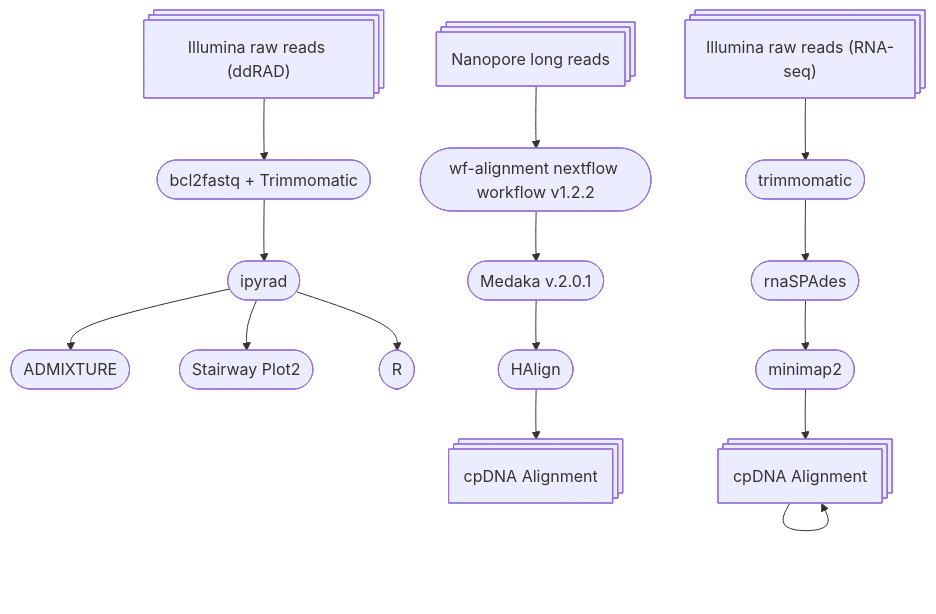
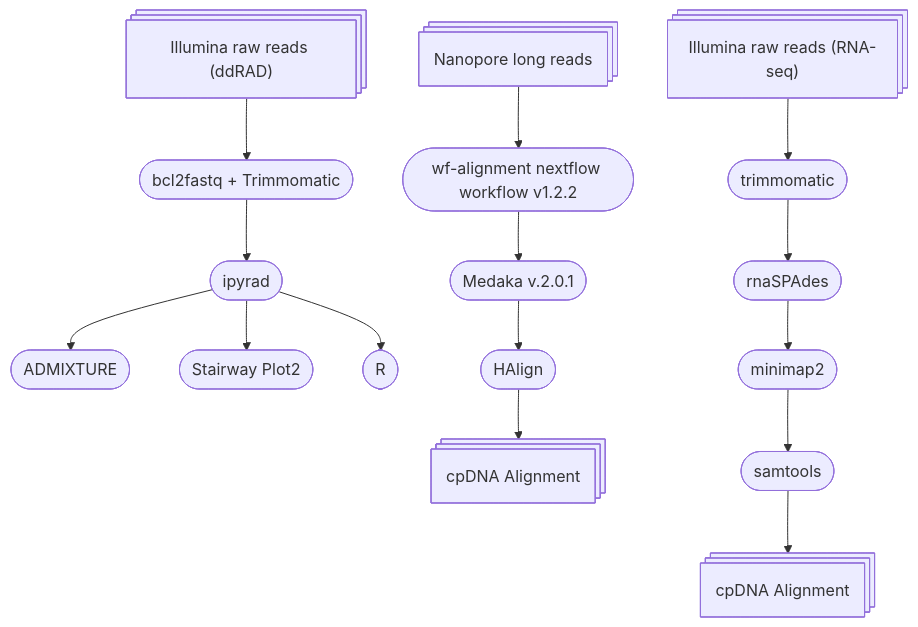
The diagram in README.md (kuprinak/Drosera_pogen), drawn with Mermaid before and after one commit.

````diff
--- a/README.md
+++ b/README.md
@@ -19,18 +19,18 @@
 ```mermaid
 flowchart TB
 A@{shape: procs, label: "Illumina raw reads (ddRAD)"} --> B([bcl2fastq + Trimmomatic]);
 B --> C([ipyrad]);
 C --> D([ADMIXTURE]);
 C --> E([Stairway Plot2]);
 C --> F([R])
 
 AA@{shape: procs, label: "Nanopore long reads"} --> K([wf-alignment nextflow workflow v1.2.2]);
 K --> K1([Medaka v.2.0.1]);
 K1 --> K2([HAlign]) --> K3@{shape: procs, label: "cpDNA Alignment"}
 
 AAA@{shape: procs, label: "Illumina raw reads (RNA-seq)"} --> SPA([trimmomatic]);
 SPA --> SPA1([rnaSPAdes]);
 SPA1 --> SPA2([minimap2]);
-SPA2 --> SPA3([samtools]) --> SPA3@{shape: procs, label: "cpDNA Alignment"}
+SPA2 --> SPA3([samtools]) --> SPA4@{shape: procs, label: "cpDNA Alignment"}
 
 ```
````
